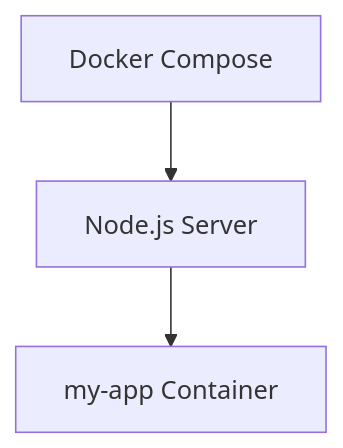
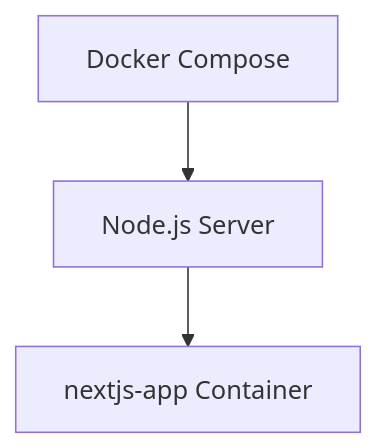
One commit to tanapattara-classroom/docker_lab changed the diagram in task_c/readme.md. Above: the diagram before and after it, drawn with Mermaid.

````diff
--- a/task_c/readme.md
+++ b/task_c/readme.md
@@ -3,5 +3,5 @@
 ```mermaid
 graph TD
 A[Docker Compose] --> B[Node.js Server]
-B --> C[my-app Container]
+B --> C[nextjs-app Container]
 ```
````
